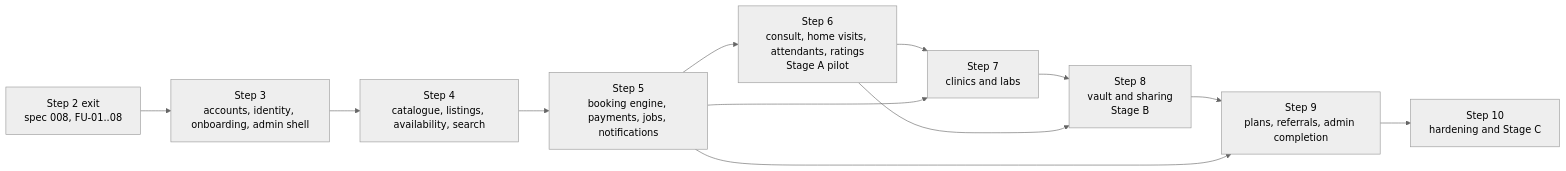
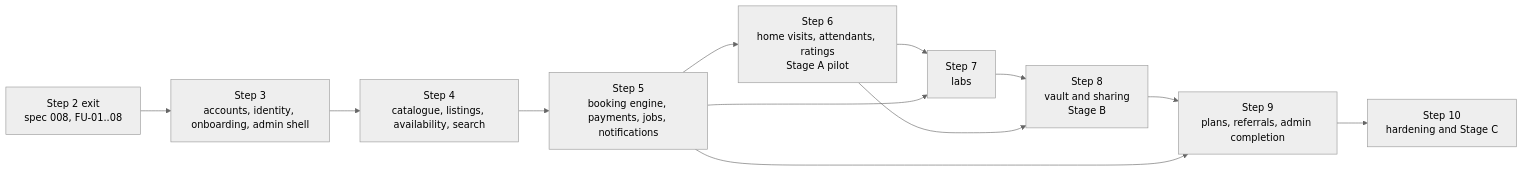
Before and after one commit to themechanicalguy/heach: the diagram in docs/web-roadmap.md, drawn with Mermaid (neutral theme). The commit also changed other lines of this file and 58 other files, not shown here.

````diff
--- a/docs/web-roadmap.md
+++ b/docs/web-roadmap.md
@@ -96,15 +101,15 @@
 ```mermaid
 flowchart LR
     S2["Step 2 exit<br/>spec 008, FU-01..08"] --> S3
     S3["Step 3<br/>accounts, identity, onboarding, admin shell"] --> S4
     S4["Step 4<br/>catalogue, listings, availability, search"] --> S5
     S5["Step 5<br/>booking engine, payments, jobs, notifications"] --> S6
-    S6["Step 6<br/>consult, home visits, attendants, ratings<br/>Stage A pilot"] --> S7
+    S6["Step 6<br/>home visits, attendants, ratings<br/>Stage A pilot"] --> S7
     S5 --> S7
-    S7["Step 7<br/>clinics and labs"] --> S8
+    S7["Step 7<br/>labs"] --> S8
     S6 --> S8
     S8["Step 8<br/>vault and sharing<br/>Stage B"] --> S9
     S5 --> S9
     S9["Step 9<br/>plans, referrals, admin completion"] --> S10
     S10["Step 10<br/>hardening and Stage C"]
 ```
````
